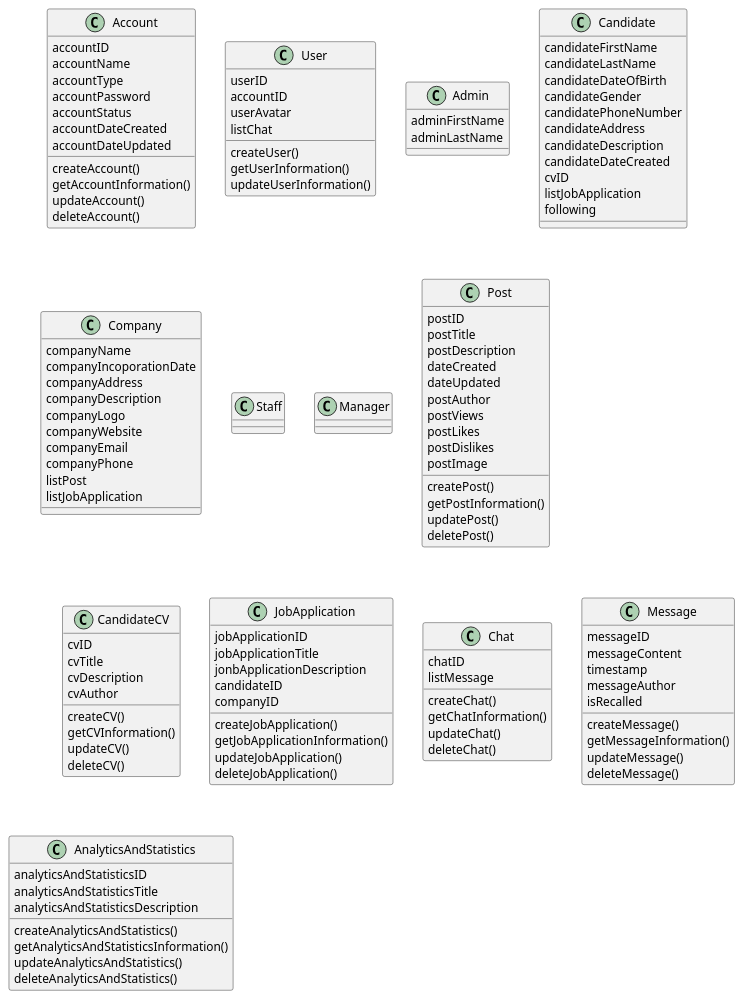
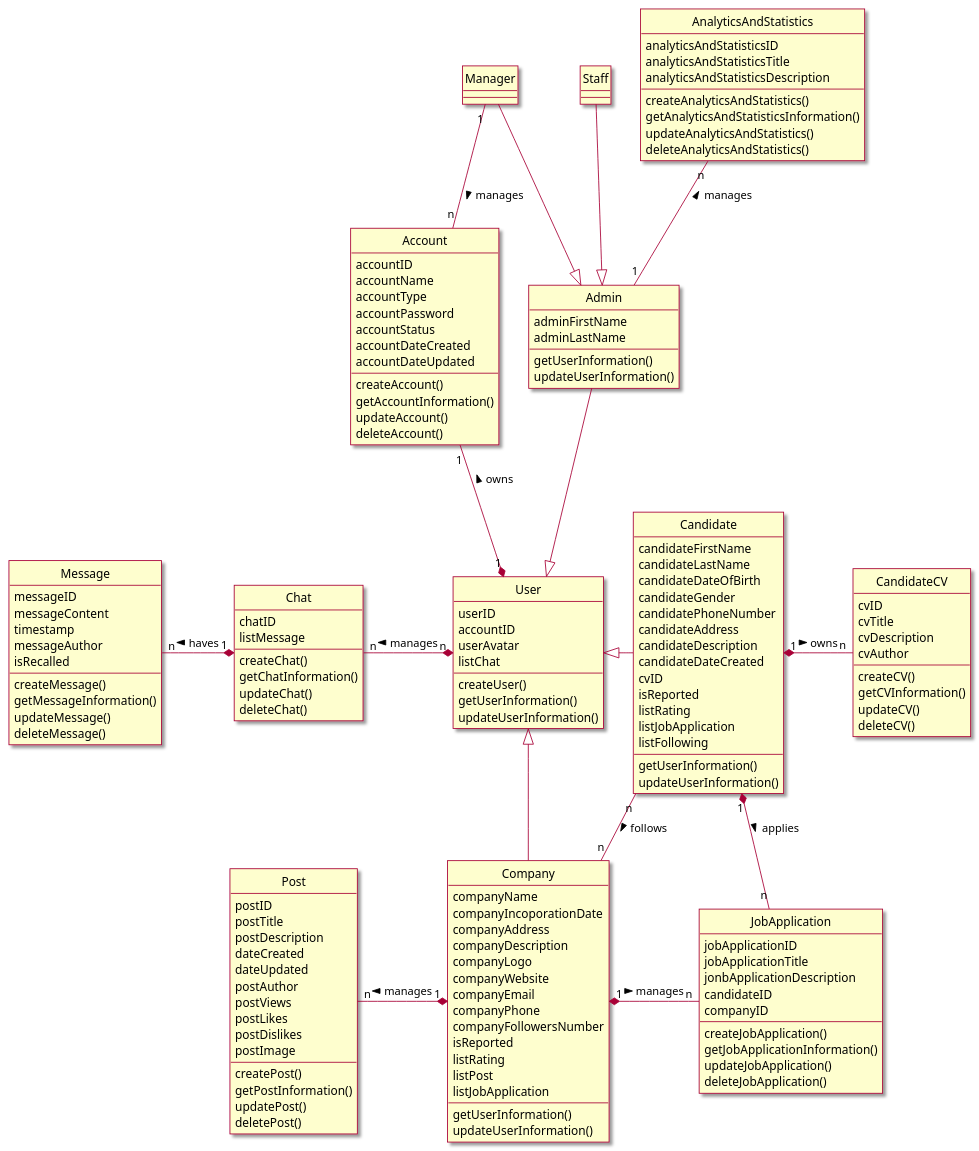
One commit to Griselda4774/EAS-EmploymentAssistanceSystem changed the diagram in Lab1/Lab 1.2 Diagram/Class/FileIMG/ClassDiagram.puml. Above: the diagram before and after it, drawn with PlantUML.

Commit message:
Update class diagram

```diff
--- a/Lab1/Lab 1.2 Diagram/Class/FileIMG/ClassDiagram.puml
+++ b/Lab1/Lab 1.2 Diagram/Class/FileIMG/ClassDiagram.puml
@@ -1,138 +1,168 @@
 @startuml ClassDiagram
+
+hide circle
+skin rose
 
 class Account {
     accountID
     accountName
     accountType
     accountPassword
     accountStatus
     accountDateCreated
     accountDateUpdated
     createAccount()
     getAccountInformation()
     updateAccount()
     deleteAccount()
 }
 
 class User {
     userID
     accountID
     userAvatar
     listChat
     createUser()
     getUserInformation()
     updateUserInformation()
 }
 
 class Admin {
     adminFirstName
     adminLastName
+    getUserInformation()
+    updateUserInformation()
 }
 
 class Candidate {
     candidateFirstName
     candidateLastName
     candidateDateOfBirth
     candidateGender
     candidatePhoneNumber
     candidateAddress
     candidateDescription
     candidateDateCreated
     cvID
+    isReported
+    listRating
     listJobApplication
-    following
+    listFollowing
+    getUserInformation()
+    updateUserInformation()
 }
 
 class Company {
     companyName
     companyIncoporationDate
     companyAddress
     companyDescription
     companyLogo
     companyWebsite
     companyEmail
     companyPhone
+    companyFollowersNumber
+    isReported
+    listRating
     listPost
     listJobApplication
+    getUserInformation()
+    updateUserInformation()
 }
 
 class Staff {
 
 }
 
 class Manager {
 
 }
 
 class Post {
     postID
     postTitle
     postDescription
     dateCreated
     dateUpdated
     postAuthor
     postViews
     postLikes
     postDislikes
     postImage
     createPost()
     getPostInformation()
     updatePost()
     deletePost()
 }
 
 class CandidateCV {
     cvID
     cvTitle
     cvDescription
     cvAuthor
     createCV()
     getCVInformation()
     updateCV()
     deleteCV()
 }
 
 class JobApplication {
     jobApplicationID
     jobApplicationTitle
     jonbApplicationDescription
     candidateID
     companyID
     createJobApplication()
     getJobApplicationInformation()
     updateJobApplication()
     deleteJobApplication()
 }
 
 class Chat {
     chatID
     listMessage
     createChat()
     getChatInformation()
     updateChat()
     deleteChat()
 }
 
 class Message {
     messageID
     messageContent
     timestamp
     messageAuthor
     isRecalled
     createMessage()
     getMessageInformation()
     updateMessage()
     deleteMessage()
 }
 
 class AnalyticsAndStatistics {
     analyticsAndStatisticsID
     analyticsAndStatisticsTitle
     analyticsAndStatisticsDescription
     createAnalyticsAndStatistics()
     getAnalyticsAndStatisticsInformation()
     updateAnalyticsAndStatistics()
     deleteAnalyticsAndStatistics()
 }
 
+Account "1" --* "1" User: owns <
+Admin --|> User
+User <|-right- Candidate
+User <|-- Company
+Staff --|> Admin
+Manager --|> Admin
+AnalyticsAndStatistics "n" -- "1" Admin: manages <
+Manager "1" -- "n" Account: manages >
+Post "n" -right-* "1" Company: manages <
+Chat "n" -right-* "n" User: manages <
+Message "n" -right-* "1" Chat: haves <
+CandidateCV "n" -left-* "1" Candidate: owns <
+JobApplication "n" -left-* "1" Company: manages <
+Candidate "n" -- "n" Company: follows >
+Candidate "1" *-- "n" JobApplication: applies >
+
 @enduml
```
